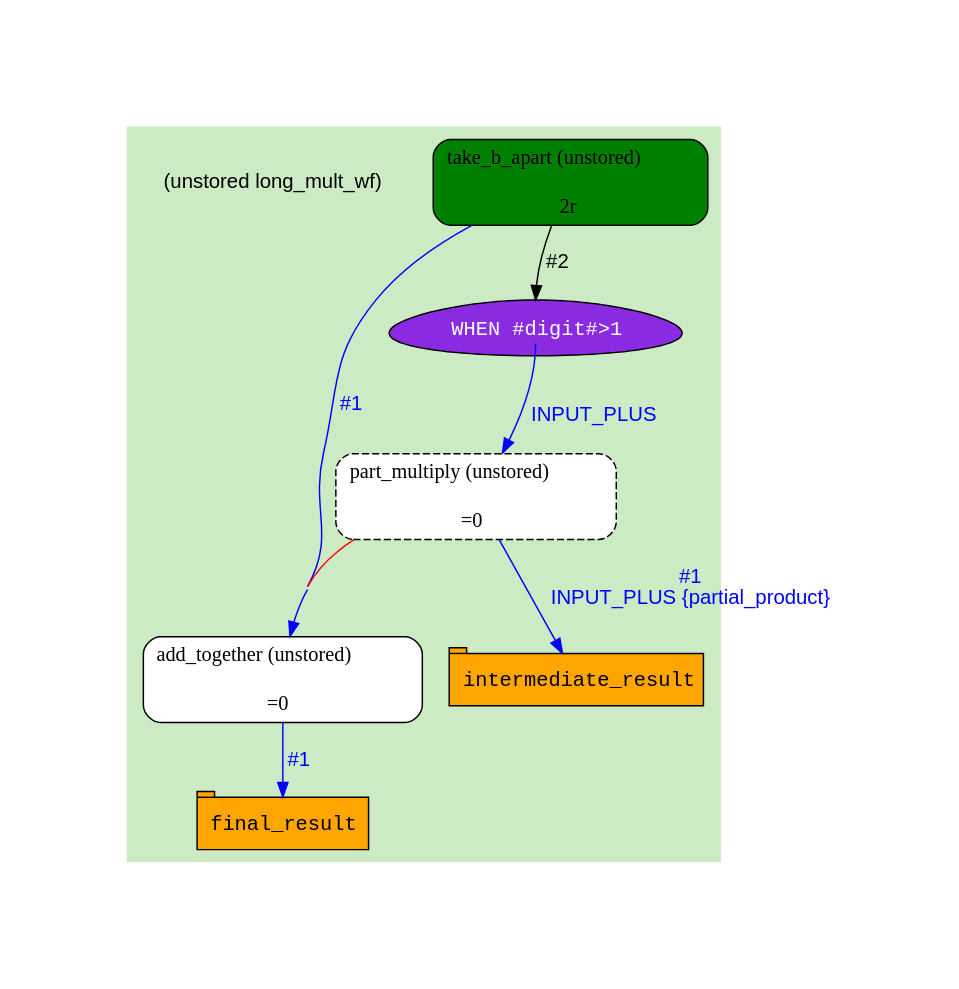
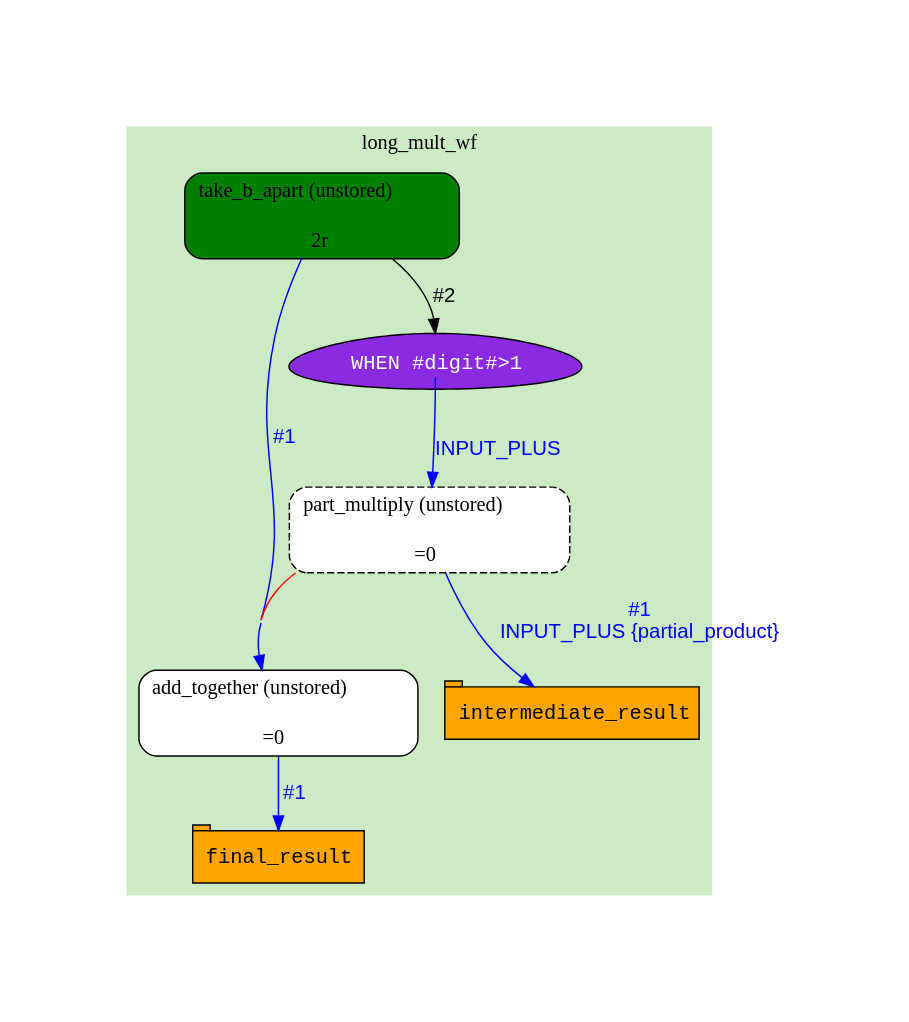
Before and after one commit to Ensembl/ensembl-hive: the diagram in t/03.scripts/generate_graph/LongMult::PipeConfig::LongMultWf_conf.unstored.dot, drawn with Graphviz. The commit also changed 8 other files, not shown here.

Commit message:
Switch from using a separate pipeline_label to displaying the top-level cluster name; regenerated the test files accordingly

```diff
--- a/t/03.scripts/generate_graph/LongMult::PipeConfig::LongMultWf_conf.unstored.dot
+++ b/t/03.scripts/generate_graph/LongMult::PipeConfig::LongMultWf_conf.unstored.dot
@@ -1,29 +1,28 @@
 digraph test {
 	ratio="compress"; concentrate = "true"; name = "AnalysisWorkflow"; pad = "1.0";
 	analysis_take_b_apart [fillcolor="green", fontname="Times-Roman", label=<<table border="0" cellborder="0" cellspacing="0" cellpadding="1"><tr><td colspan="1">take_b_apart (unstored)</td></tr><tr><td colspan="1"> </td></tr><tr><td bgcolor="green" width="100%">2r</td></tr></table>>, shape="Mrecord", style="filled"];
 	analysis_add_together [fillcolor="white", fontname="Times-Roman", label=<<table border="0" cellborder="0" cellspacing="0" cellpadding="1"><tr><td colspan="1">add_together (unstored)</td></tr><tr><td colspan="1"> </td></tr><tr><td>=0</td></tr></table>>, shape="Mrecord", style="filled"];
 	analysis_part_multiply [fillcolor="white", fontname="Times-Roman", label=<<table border="0" cellborder="0" cellspacing="0" cellpadding="1"><tr><td colspan="1">part_multiply (unstored)</td></tr><tr><td colspan="1"> </td></tr><tr><td>=0</td></tr></table>>, shape="Mrecord", style="dashed, filled"];
 	table_final_result [fillcolor="orange", fontcolor="black", fontname="Courier", label=<<table border="0" cellborder="0" cellspacing="0" cellpadding="1"><tr><td colspan="1">final_result</td></tr></table>>, shape="tab", style="filled"];
 	dfr_p1_mp [fillcolor="blueviolet", fontcolor="white", fontname="Courier", label=<<table border="0" cellborder="0" cellspacing="0" cellpadding="1">i<tr><td></td></tr><tr><td port="cond_0">WHEN #digit#&gt;1</td></tr></table>>, shape="egg", style="filled"];
 	table_intermediate_result [fillcolor="orange", fontcolor="black", fontname="Courier", label=<<table border="0" cellborder="0" cellspacing="0" cellpadding="1"><tr><td colspan="1">intermediate_result</td></tr></table>>, shape="tab", style="filled"];
-	pipelabel_long_mult_wf [fontname="Helvetica", label="(unstored long_mult_wf)", shape="plaintext"];
 	analysis_add_together -> table_final_result [color="blue", fontcolor="blue", fontname="Helvetica", label="#1\n"];
 	analysis_part_multiply -> analysis_add_together [arrowhead="tee", color="red"];
 	analysis_part_multiply -> table_intermediate_result [color="blue", fontcolor="blue", fontname="Helvetica", label="#1\nINPUT_PLUS {partial_product}"];
 	analysis_take_b_apart -> analysis_add_together [color="blue", fontcolor="blue", fontname="Helvetica", label="#1\n"];
 	analysis_take_b_apart -> dfr_p1_mp [arrowhead="normal", color="black", fontcolor="black", fontname="Helvetica", headport="n", label="#2"];
 	dfr_p1_mp -> analysis_part_multiply [color="blue", fontcolor="blue", fontname="Helvetica", label="\nINPUT_PLUS ", tailport="cond_0"];
 
-subgraph cluster_cl_long_mult_wf {
+subgraph cluster_long_mult_wf {
+	label="long_mult_wf";
 	style=filled;
 	colorscheme=pastel19;
 	color=3;
-	pipelabel_long_mult_wf;
 	analysis_take_b_apart;
 	dfr_p1_mp;
 	analysis_part_multiply;
 	table_intermediate_result;
 	analysis_add_together;
 	table_final_result;
 }
 }
```
